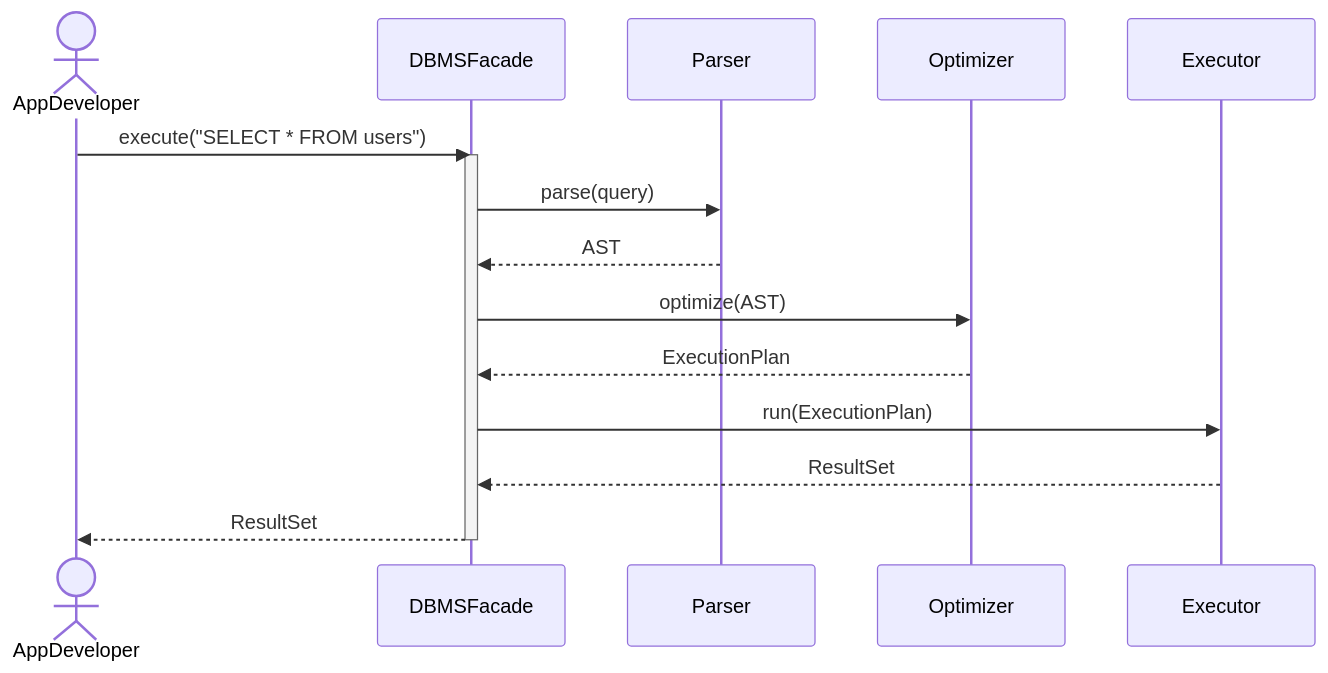
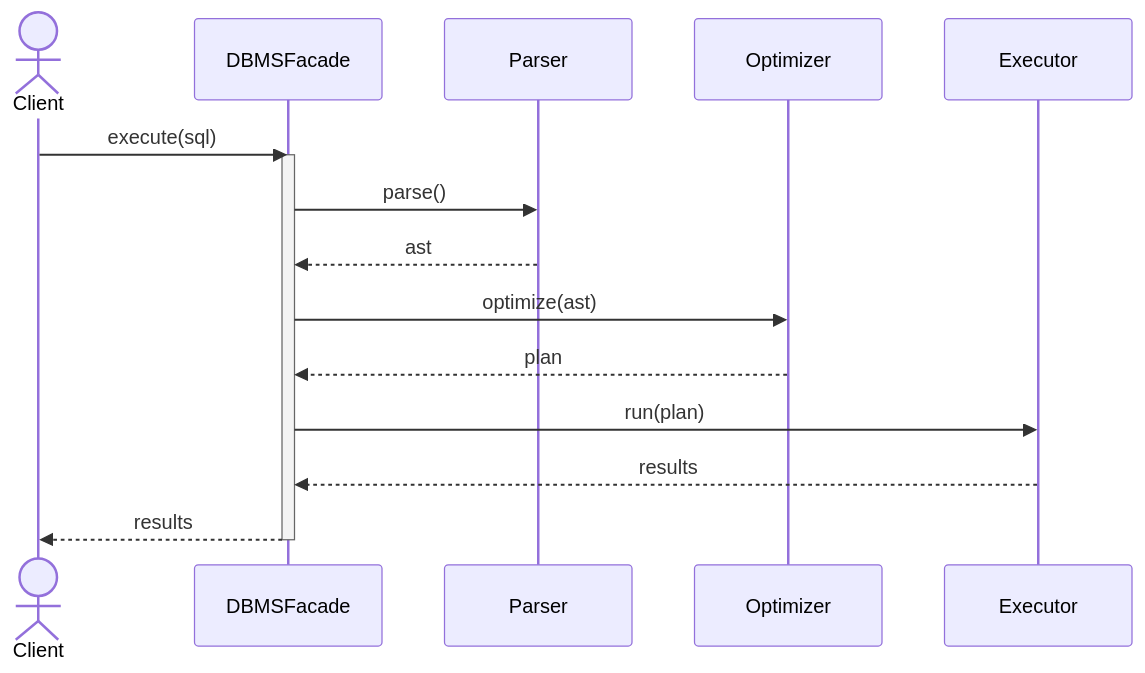
The tenth of 20 diagrams in DPSuggest.md (TamBui1706/DBMS), drawn with Mermaid before and after one commit. The commit also changed other lines of this file, not shown here.

````diff
--- a/DPSuggest.md
+++ b/DPSuggest.md
@@ -530,19 +352,19 @@
 ```mermaid
 sequenceDiagram
-    actor AppDeveloper
+    actor Client
     participant Facade as DBMSFacade
-    participant P as Parser
-    participant O as Optimizer
-    participant E as Executor
+    participant Parser
+    participant Optimizer
+    participant Executor
     
-    AppDeveloper->>Facade: execute("SELECT * FROM users")
+    Client->>Facade: execute(sql)
     activate Facade
-    Facade->>P: parse(query)
-    P-->>Facade: AST
-    Facade->>O: optimize(AST)
-    O-->>Facade: ExecutionPlan
-    Facade->>E: run(ExecutionPlan)
-    E-->>Facade: ResultSet
-    Facade-->>AppDeveloper: ResultSet
+    Facade->>Parser: parse()
+    Parser-->>Facade: ast
+    Facade->>Optimizer: optimize(ast)
+    Optimizer-->>Facade: plan
+    Facade->>Executor: run(plan)
+    Executor-->>Facade: results
+    Facade-->>Client: results
     deactivate Facade
 ```
````
